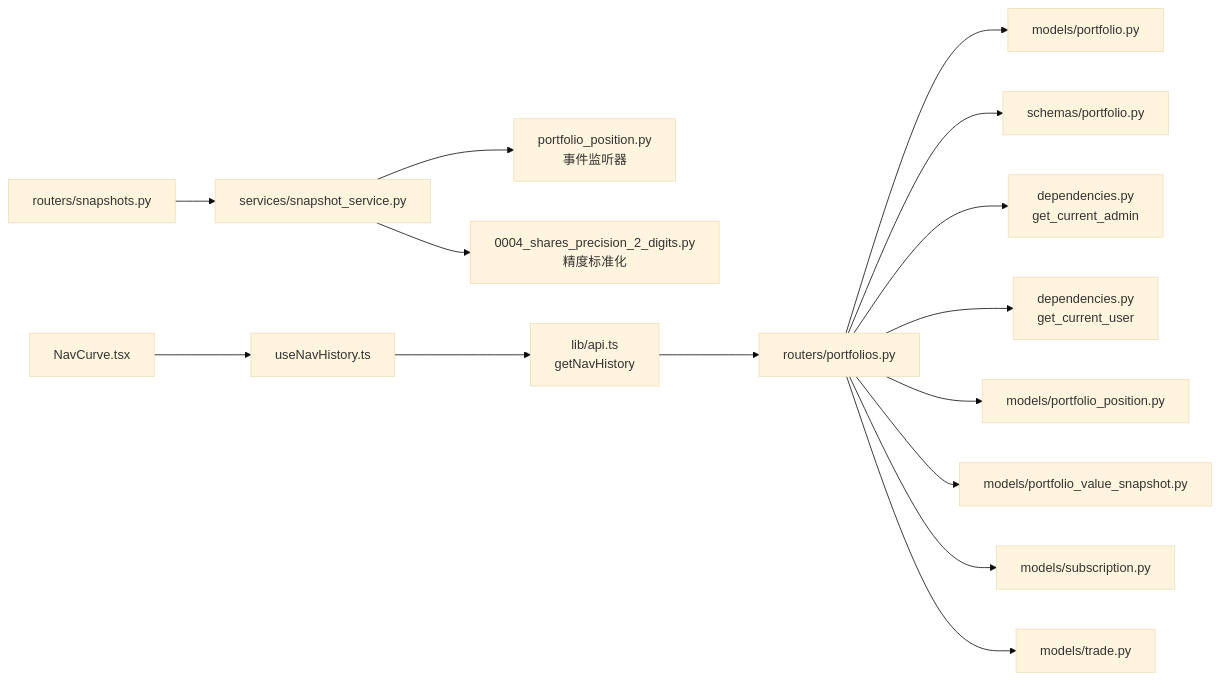
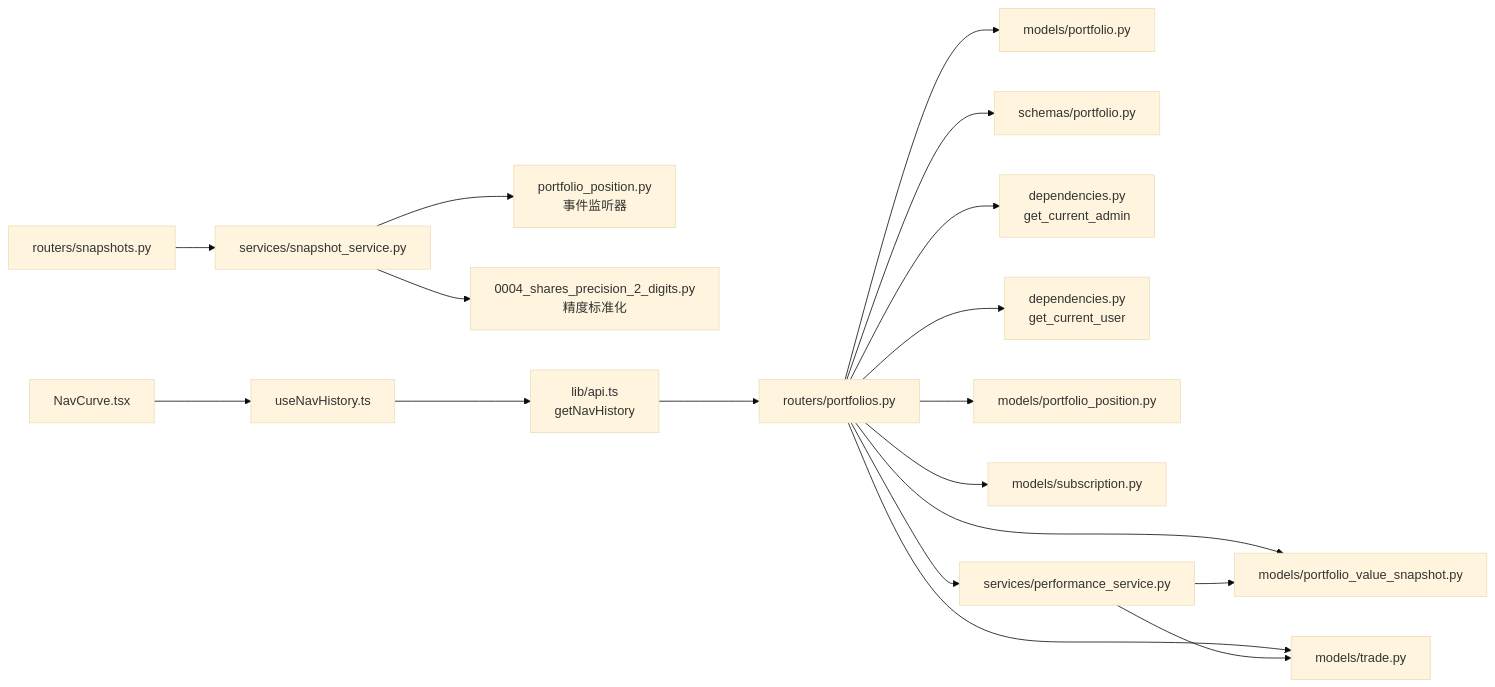
Before and after one commit to gujialind/InvestRing: diagram 11 of 11 in .qoder/repowiki/zh/content/核心业务功能/投资组合管理.md, drawn with Mermaid (base theme). The commit also changed other lines of this file and 4 other files, not shown here.

````diff
--- a/.qoder/repowiki/zh/content/核心业务功能/投资组合管理.md
+++ b/.qoder/repowiki/zh/content/核心业务功能/投资组合管理.md
@@ -557,17 +606,20 @@
 ```mermaid
 graph LR
 PortfoliosRouter["routers/portfolios.py"] --> PortfolioModel["models/portfolio.py"]
 PortfoliosRouter --> PortfolioSchema["schemas/portfolio.py"]
 PortfoliosRouter --> DepAdmin["dependencies.py<br/>get_current_admin"]
 PortfoliosRouter --> DepUser["dependencies.py<br/>get_current_user"]
 PortfoliosRouter --> PosModel["models/portfolio_position.py"]
 PortfoliosRouter --> NavModel["models/portfolio_value_snapshot.py"]
 PortfoliosRouter --> SubModel["models/subscription.py"]
 PortfoliosRouter --> TradeModel["models/trade.py"]
+PortfoliosRouter --> PerfService["services/performance_service.py"]
 SnapshotsRouter["routers/snapshots.py"] --> SnapshotService["services/snapshot_service.py"]
 SnapshotService --> EventListener["portfolio_position.py<br/>事件监听器"]
 SnapshotService --> PrecisionStandard["0004_shares_precision_2_digits.py<br/>精度标准化"]
 UseNavHistoryHook["useNavHistory.ts"] --> ApiLib["lib/api.ts<br/>getNavHistory"]
 ApiLib --> PortfoliosRouter
 NavCurveChart["NavCurve.tsx"] --> UseNavHistoryHook
+PerfService --> NavModel
+PerfService --> TradeModel
 ```
````
